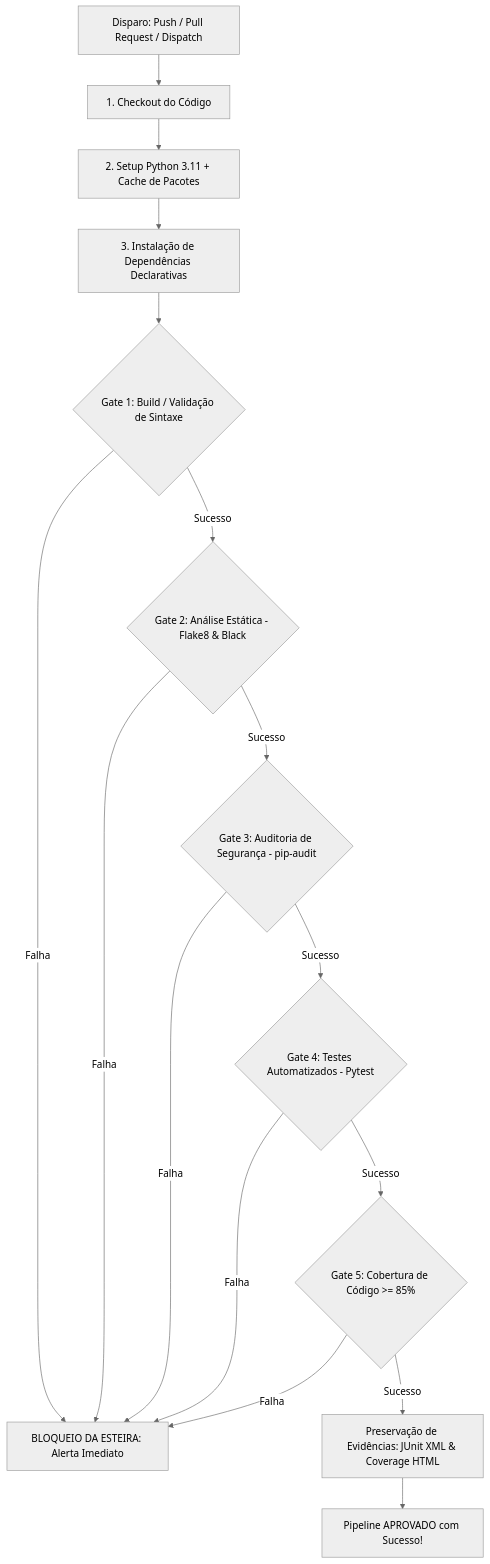
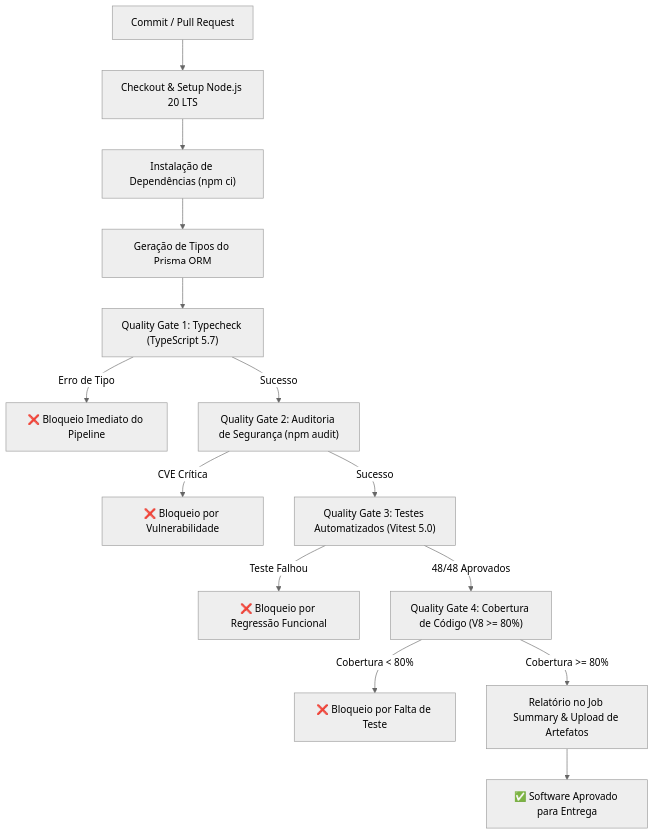
One commit to Sousa03g/gusto-app changed the diagram in README.md. Above: the diagram before and after it, drawn with Mermaid (neutral theme). The commit also changed other lines of this file and 86 other files, not shown here.

Commit message:
feat(qaops): refatora projeto do zero com sistema Gusto (Backend Next.js/Prisma, Vitest, 48 testes, CI GitHub Actions e relatorios)

````diff
--- a/README.md
+++ b/README.md
@@ -110,18 +70,16 @@
 ```mermaid
 flowchart TD
-    A[Disparo: Push / Pull Request / Dispatch] --> B[1. Checkout do Código]
-    B --> C[2. Setup Python 3.11 + Cache de Pacotes]
-    C --> D[3. Instalação de Dependências Declarativas]
-    D --> E{Gate 1: Build / Validação de Sintaxe}
-    E -- Falha --> Z[BLOQUEIO DA ESTEIRA: Alerta Imediato]
-    E -- Sucesso --> F{Gate 2: Análise Estática - Flake8 & Black}
-    F -- Falha --> Z
-    F -- Sucesso --> G{Gate 3: Auditoria de Segurança - pip-audit}
-    G -- Falha --> Z
-    G -- Sucesso --> H{Gate 4: Testes Automatizados - Pytest}
-    H -- Falha --> Z
-    H -- Sucesso --> I{Gate 5: Cobertura de Código >= 85%}
-    I -- Falha --> Z
-    I -- Sucesso --> J[Preservação de Evidências: JUnit XML & Coverage HTML]
-    J --> K[Pipeline APROVADO com Sucesso!]
+    A["Commit / Pull Request"] --> B["Checkout & Setup Node.js 20 LTS"]
+    B --> C["Instalação de Dependências (npm ci)"]
+    C --> D["Geração de Tipos do Prisma ORM"]
+    D --> E["Quality Gate 1: Typecheck (TypeScript 5.7)"]
+    E -- Erro de Tipo --> F1["❌ Bloqueio Imediato do Pipeline"]
+    E -- Sucesso --> G["Quality Gate 2: Auditoria de Segurança (npm audit)"]
+    G -- CVE Crítica --> F2["❌ Bloqueio por Vulnerabilidade"]
+    G -- Sucesso --> H["Quality Gate 3: Testes Automatizados (Vitest 5.0)"]
+    H -- Teste Falhou --> F3["❌ Bloqueio por Regressão Funcional"]
+    H -- 48/48 Aprovados --> I["Quality Gate 4: Cobertura de Código (V8 >= 80%)"]
+    I -- Cobertura < 80% --> F4["❌ Bloqueio por Falta de Teste"]
+    I -- Cobertura >= 80% --> J["Relatório no Job Summary & Upload de Artefatos"]
+    J --> K["✅ Software Aprovado para Entrega"]
 ```
````
